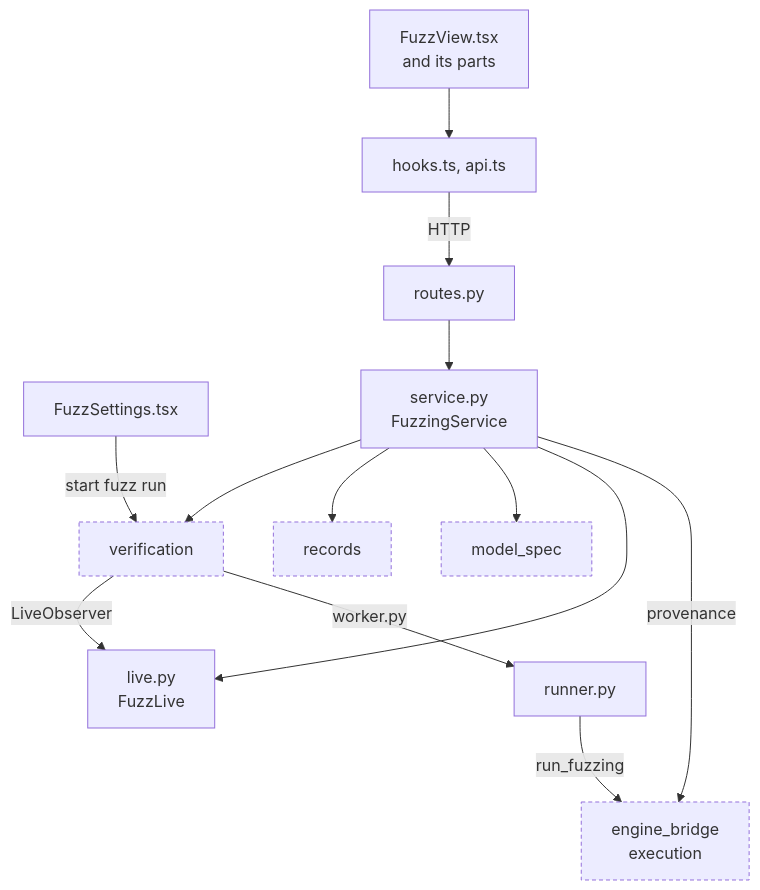
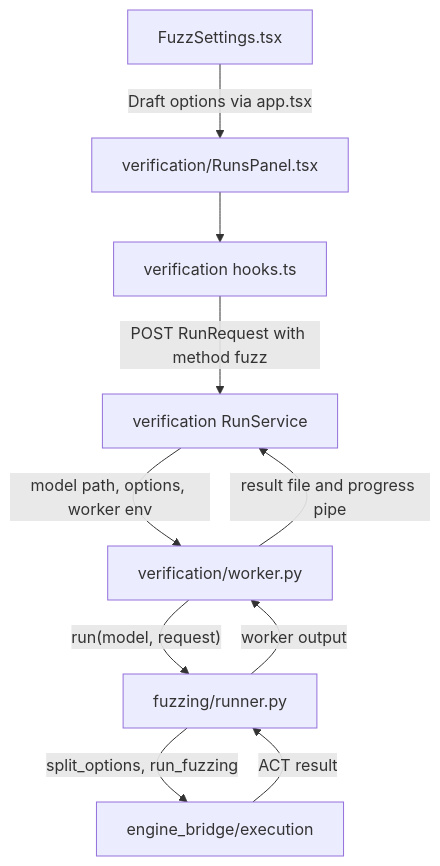
One commit to SVF-tools/ACT-GUI changed the first of 3 diagrams in visual_bench/fuzzing/README.md. Above: the diagram before and after it, drawn with Mermaid. The commit also changed other lines of this file and 20 other files, not shown here.

````diff
--- a/visual_bench/fuzzing/README.md
+++ b/visual_bench/fuzzing/README.md
@@ -43,24 +26,12 @@
 ```mermaid
 flowchart TB
-  classDef ext stroke-dasharray: 4 3
-  Set["FuzzSettings.tsx"]
-  FV["FuzzView.tsx<br/>and its parts"]
-  H["hooks.ts, api.ts"]
-  R["routes.py"]
-  S["service.py<br/>FuzzingService"]
-  Live["live.py<br/>FuzzLive"]
-  Run["runner.py"]
-  VER["verification"]:::ext
-  REC["records"]:::ext
-  MS["model_spec"]:::ext
-  EB["engine_bridge<br/>execution"]:::ext
-  Set -- "start fuzz run" --> VER
-  FV --> H
-  H -- "HTTP" --> R
-  R --> S
-  S --> VER & REC & MS & Live
-  S -- "provenance" --> EB
-  VER -- "LiveObserver" --> Live
-  VER -- "worker.py" --> Run
-  Run -- "run_fuzzing" --> EB
+  Settings["FuzzSettings.tsx"] -- "Draft options via app.tsx" --> Panel["verification/RunsPanel.tsx"]
+  Panel --> Hooks["verification hooks.ts"]
+  Hooks -- "POST RunRequest with method fuzz" --> Run["verification RunService"]
+  Run -- "model path, options, worker env" --> Worker["verification/worker.py"]
+  Worker -- "run(model, request)" --> Runner["fuzzing/runner.py"]
+  Runner -- "split_options, run_fuzzing" --> Bridge["engine_bridge/execution"]
+  Bridge -- "ACT result" --> Runner
+  Runner -- "worker output" --> Worker
+  Worker -- "result file and progress pipe" --> Run
 ```
````
